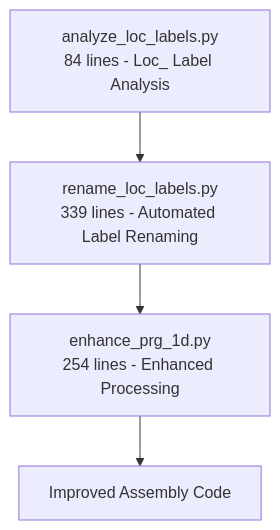
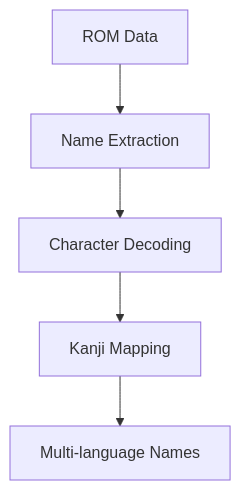
The fourth of 4 diagrams in .qoder/repowiki/en/content/Build System and Tools/Build System and Tools.md (rabbyzero/sango2dasm), drawn with Mermaid before and after one commit. The commit also changed other lines of this file and 7 other files, not shown here.

````diff
--- a/.qoder/repowiki/en/content/Build System and Tools/Build System and Tools.md
+++ b/.qoder/repowiki/en/content/Build System and Tools/Build System and Tools.md
@@ -2394,6 +429,7 @@
 ```mermaid
 flowchart TD
-Stage1["analyze_loc_labels.py<br/>84 lines - Loc_ Label Analysis"] --> Stage2["rename_loc_labels.py<br/>339 lines - Automated Label Renaming"]
-Stage2 --> Stage3["enhance_prg_1d.py<br/>254 lines - Enhanced Processing"]
-Stage3 --> Output["Improved Assembly Code"]
+ROM["ROM Data"] --> Extract["Name Extraction"]
+Extract --> Decode["Character Decoding"]
+Decode --> Map["Kanji Mapping"]
+Map --> Output["Multi-language Names"]
 ```
````
